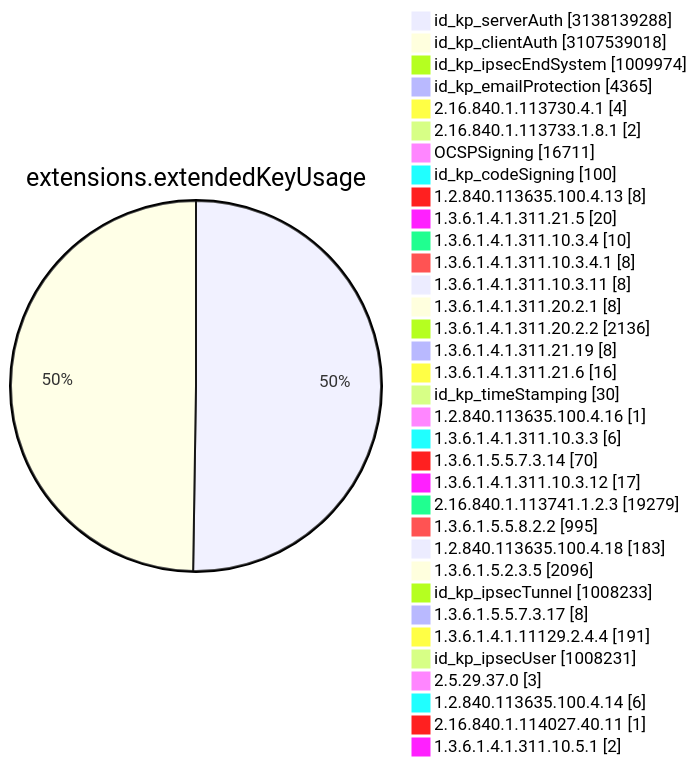
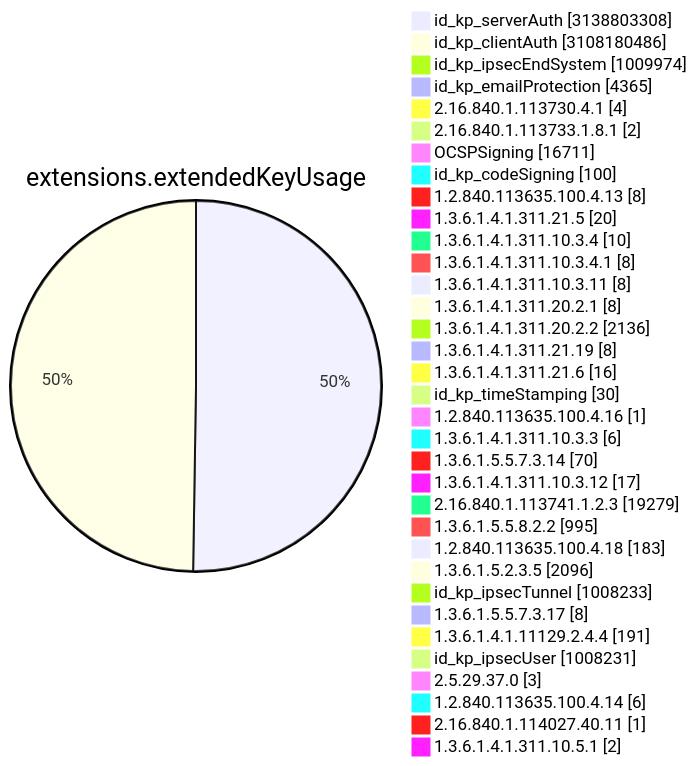
Diagram 11 of 15 in TOTAL/README.md (christiankrug/ctmonitor_visualization), drawn with Mermaid before and after one commit. The commit also changed other lines of this file, not shown here.

````diff
--- a/TOTAL/README.md
+++ b/TOTAL/README.md
@@ -4117,38 +4117,38 @@
 ```mermaid
 pie showData
 title extensions.extendedKeyUsage
-"id_kp_serverAuth" :3138139288
-"id_kp_clientAuth" :3107539018
+"id_kp_serverAuth" :3138803308
+"id_kp_clientAuth" :3108180486
 "id_kp_ipsecEndSystem" :1009974
 "id_kp_emailProtection" :4365
 "2.16.840.1.113730.4.1" :4
 "2.16.840.1.113733.1.8.1" :2
 "OCSPSigning" :16711
 "id_kp_codeSigning" :100
 "1.2.840.113635.100.4.13" :8
 "1.3.6.1.4.1.311.21.5" :20
 "1.3.6.1.4.1.311.10.3.4" :10
 "1.3.6.1.4.1.311.10.3.4.1" :8
 "1.3.6.1.4.1.311.10.3.11" :8
 "1.3.6.1.4.1.311.20.2.1" :8
 "1.3.6.1.4.1.311.20.2.2" :2136
 "1.3.6.1.4.1.311.21.19" :8
 "1.3.6.1.4.1.311.21.6" :16
 "id_kp_timeStamping" :30
 "1.2.840.113635.100.4.16" :1
 "1.3.6.1.4.1.311.10.3.3" :6
 "1.3.6.1.5.5.7.3.14" :70
 "1.3.6.1.4.1.311.10.3.12" :17
 "2.16.840.1.113741.1.2.3" :19279
 "1.3.6.1.5.5.8.2.2" :995
 "1.2.840.113635.100.4.18" :183
 "1.3.6.1.5.2.3.5" :2096
 "id_kp_ipsecTunnel" :1008233
 "1.3.6.1.5.5.7.3.17" :8
 "1.3.6.1.4.1.11129.2.4.4" :191
 "id_kp_ipsecUser" :1008231
 "2.5.29.37.0" :3
 "1.2.840.113635.100.4.14" :6
 "2.16.840.1.114027.40.11" :1
 "1.3.6.1.4.1.311.10.5.1" :2
 ```
````
